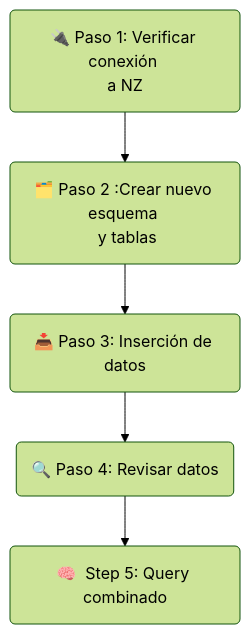
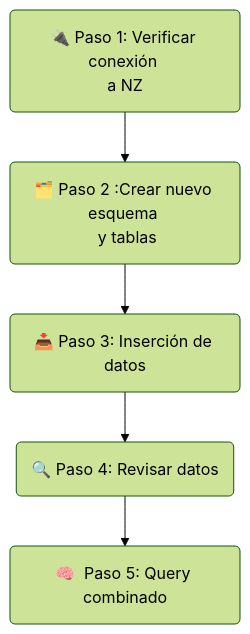
The diagram in Labs/Lab1_Data_Warehouse_Optimization/Lab_1_Data_Offload_Guide.md (DayraP/watsonx.data-bootcamp), drawn with Mermaid (forest theme) before and after one commit. The commit also changed other lines of this file and 12 other files, not shown here.

````diff
--- a/Labs/Lab1_Data_Warehouse_Optimization/Lab_1_Data_Offload_Guide.md
+++ b/Labs/Lab1_Data_Warehouse_Optimization/Lab_1_Data_Offload_Guide.md
@@ -54,8 +54,8 @@
 ```mermaid
 graph TD
     A(🔌 Paso 1: Verificar conexión <br>a NZ)
     A --> B(🗂️ Paso 2 :Crear nuevo esquema <br> y tablas)
     B --> C(📥 Paso 3: Inserción de datos)
     C --> D(🔍 Paso 4: Revisar datos)
-    D --> E(🧠  Step 5: Query combinado)
+    D --> E(🧠  Paso 5: Query combinado)
 ```
````
